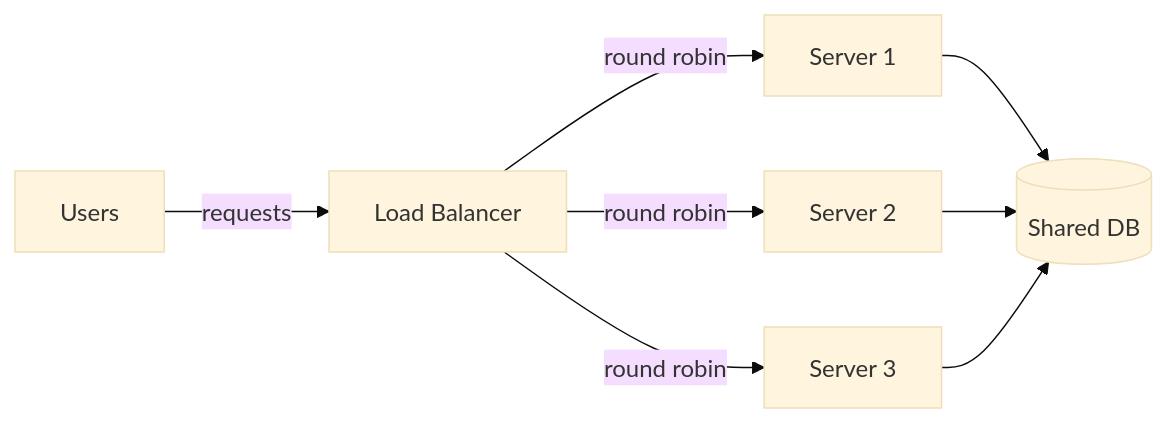
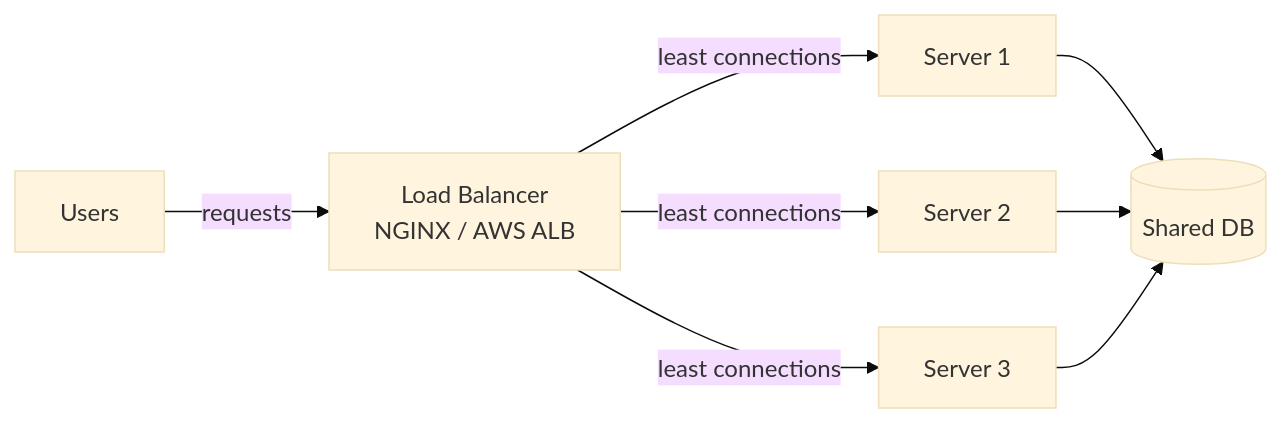
Before and after one commit to jaugustodev/software-engineering-content: the fifth of 20 diagrams in system-design/fundamentals/questions.md, drawn with Mermaid (base theme). The commit also changed other lines of this file, not shown here.

Commit message:
refactor(docs): improve clarity and formatting in system design fundamentals; enhance examples and add new content on scalability and load balancing

````diff
--- a/system-design/fundamentals/questions.md
+++ b/system-design/fundamentals/questions.md
@@ -148,8 +172,8 @@
 ```mermaid
 graph LR
-    Users -->|requests| LB[Load Balancer]
-    LB -->|round robin| S1[Server 1]
-    LB -->|round robin| S2[Server 2]
-    LB -->|round robin| S3[Server 3]
+    Users -->|requests| LB[Load Balancer\nNGINX / AWS ALB]
+    LB -->|least connections| S1[Server 1]
+    LB -->|least connections| S2[Server 2]
+    LB -->|least connections| S3[Server 3]
     S1 & S2 & S3 --> DB[(Shared DB)]
 ```
````
